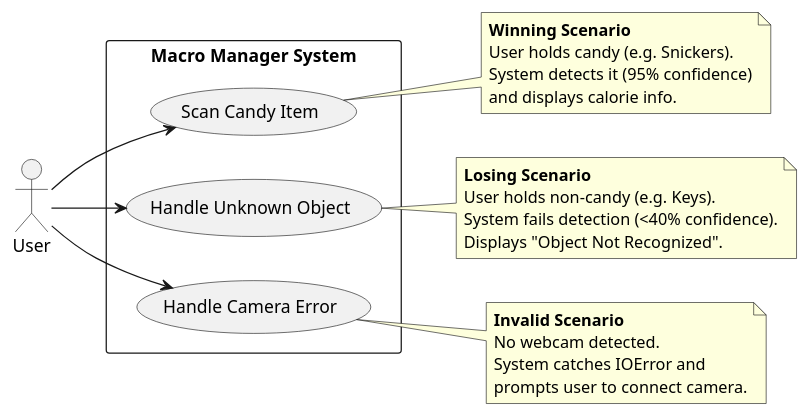
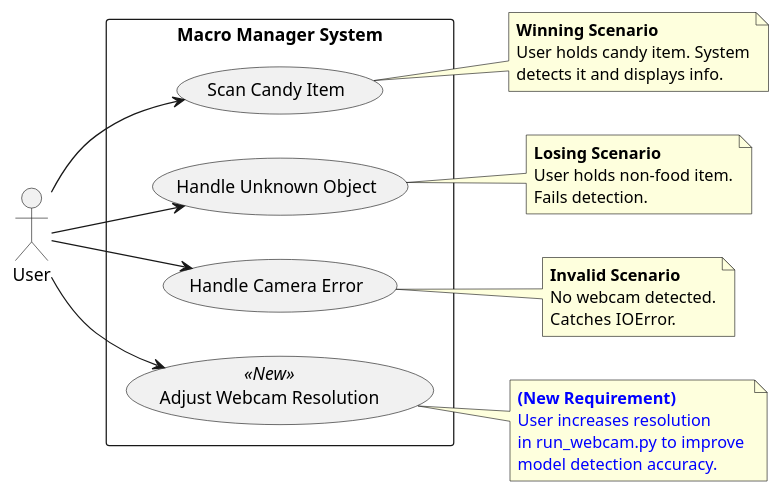
Before and after one commit to tbologna512/Yolo_Project: the diagram in use_case_diagram.puml, drawn with PlantUML.

Commit message:
Updated Use-Case model and exported diagram for Iteration 2

```diff
--- a/use_case_diagram.puml
+++ b/use_case_diagram.puml
@@ -1,40 +1,44 @@
-@startuml 
+@startuml Macro Manager
 left to right direction
 skinparam packageStyle rectangle
 
 actor "User" as User
 
 package "Macro Manager System" {
   usecase "Scan Candy Item" as UC1
   usecase "Handle Unknown Object" as UC2
   usecase "Handle Camera Error" as UC3
+  usecase "Adjust Webcam Resolution" as UC4 <<New>>
 }
 
-' Relationships
 User --> UC1
 User --> UC2
 User --> UC3
+User --> UC4
 
-' Notes to explain the scenarios (Win/Lose/Invalid)
 note right of UC1
   <b>Winning Scenario</b>
-  User holds candy (e.g. Snickers).
-  System detects it (95% confidence)
-  and displays calorie info.
+  User holds candy item. System
+  detects it and displays info.
 end note
 
 note right of UC2
   <b>Losing Scenario</b>
-  User holds non-candy (e.g. Keys).
-  System fails detection (<40% confidence).
-  Displays "Object Not Recognized".
+  User holds non-food item.
+  Fails detection.
 end note
 
 note right of UC3
   <b>Invalid Scenario</b>
   No webcam detected.
-  System catches IOError and
-  prompts user to connect camera.
+  Catches IOError.
+end note
+
+note right of UC4
+  <color:blue><b>(New Requirement)</b></color>
+  <color:blue>User increases resolution</color> 
+  <color:blue>in run_webcam.py to improve</color> 
+  <color:blue>model detection accuracy.</color>
 end note
 
 @enduml
```
